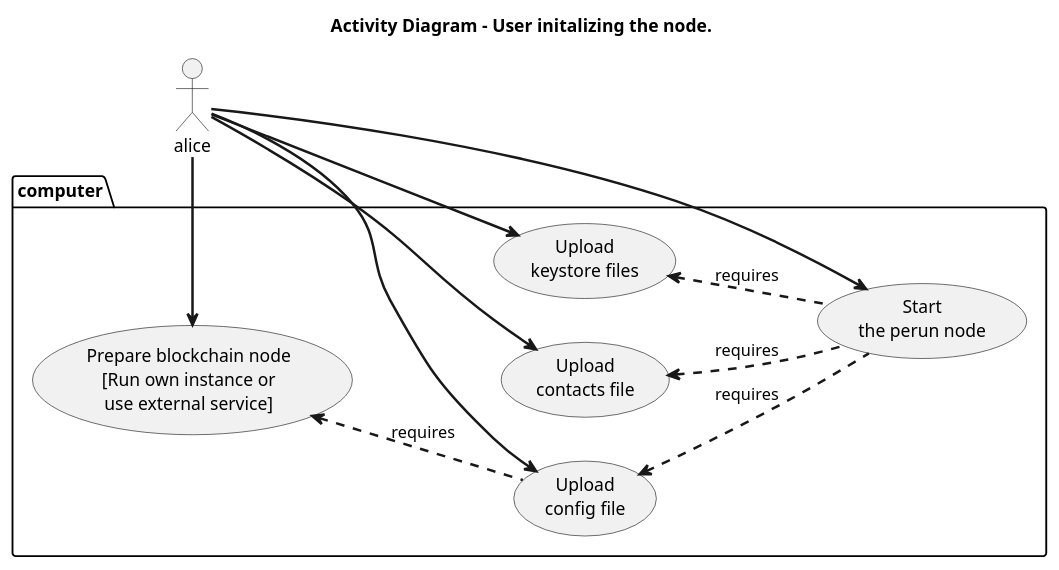
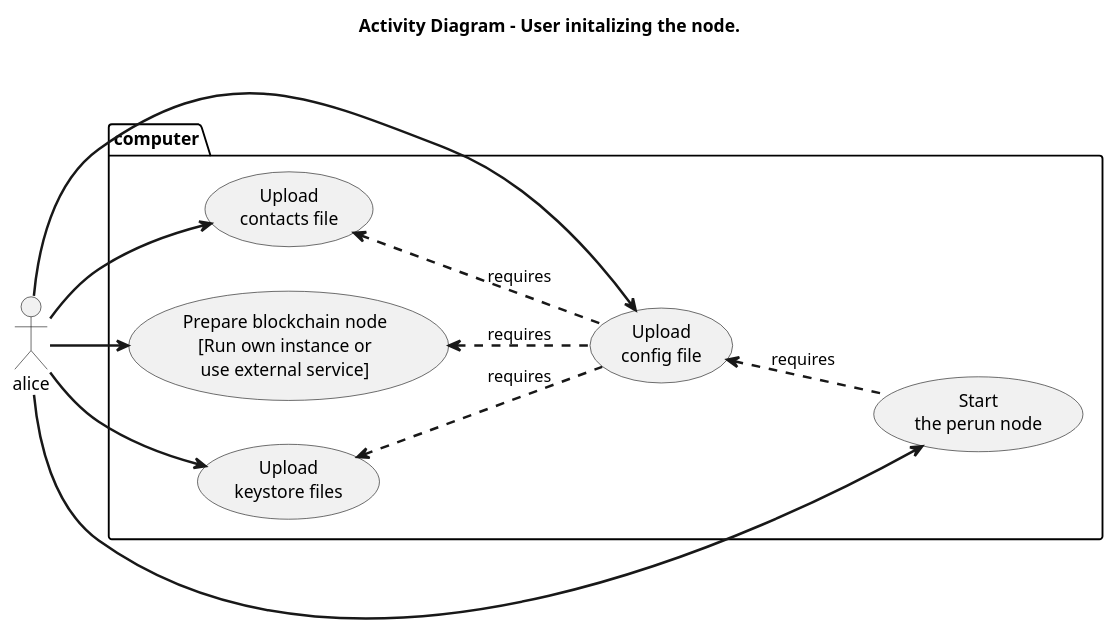
Before and after one commit to manoranjith/dst-doc: the diagram in source/images/node_design/act_node_init.plantuml, drawn with PlantUML. The commit also changed 1 other file, not shown here.

```diff
--- a/source/images/node_design/act_node_init.plantuml
+++ b/source/images/node_design/act_node_init.plantuml
@@ -1,37 +1,37 @@
 @startuml act_node_init
 Title Activity Diagram - User initalizing the node.
 
 skinparam sequence {
     messageAlign center
     ArrowThickness 2
     BoxBorderColor Sienna
     BoxBackgroundColor SeaShell
     GroupBodyBackgroundColor transparent
     NoteTextAlignment center
     DefaultTextAlignment center
 }
 
 actor alice
 
 left to right direction
 
 package computer {
     (Prepare blockchain node\n[Run own instance or\nuse external service]) as prep_bc
     (Upload\ncontacts file) as prov_cont
     (Upload\nkeystore files) as prov_ks
     (Upload\nconfig file) as prov_cnf
     (Start\nthe perun node) as start_perun
 }
 
 prov_cnf .up.> prep_bc: requires
+prov_cnf .up.> prov_cont: requires
+prov_cnf .up.> prov_ks: requires
 start_perun .up.> prov_cnf: requires
-start_perun .up.> prov_cont: requires
-start_perun .up.> prov_ks: requires
 
 alice -right-> prep_bc
 alice -down-> prov_cont
 alice -down-> prov_cnf
 alice -down-> prov_ks
 alice -right-> start_perun
 
 @enduml
```
